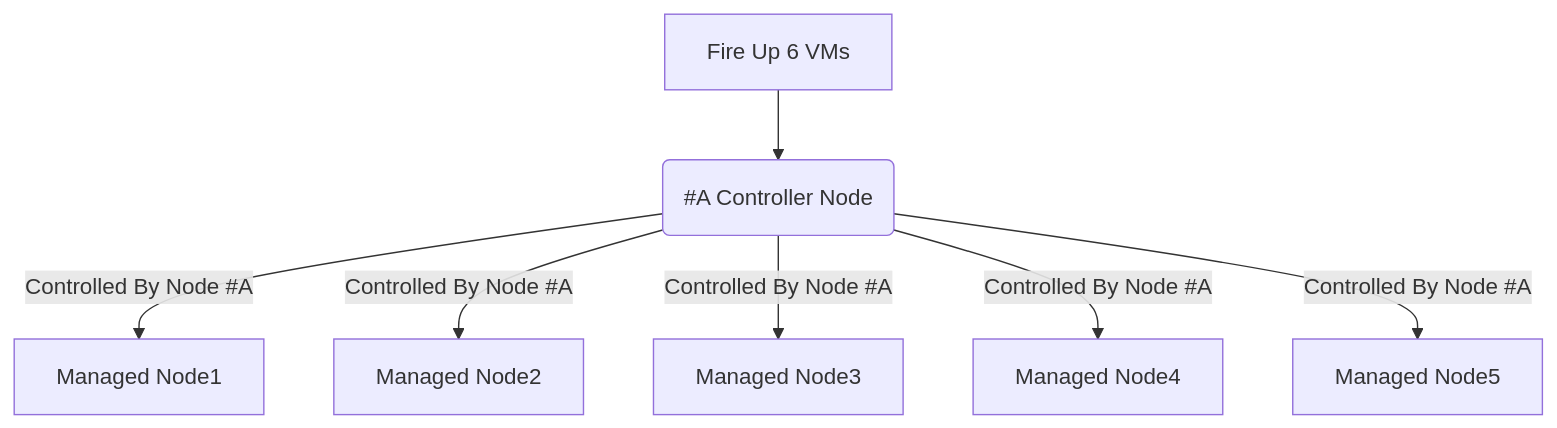
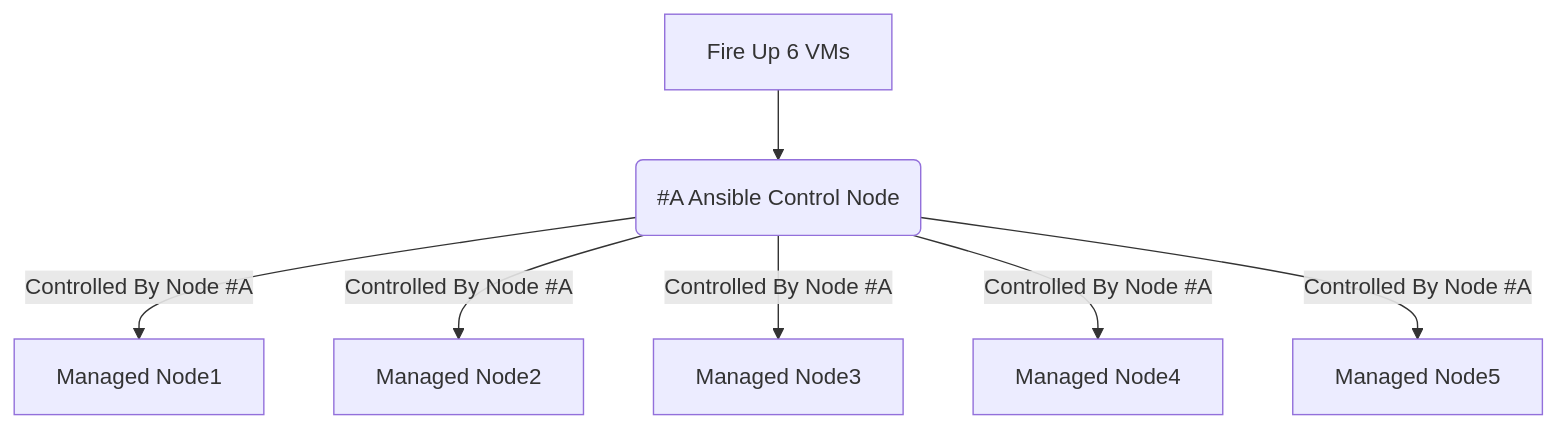
The diagram in NOTES.md (RedHatRanger/RHCE9Vagrant), drawn with Mermaid before and after one commit.

````diff
--- a/NOTES.md
+++ b/NOTES.md
@@ -21,9 +21,9 @@
 ```mermaid
 flowchart TD;
-    A[Fire Up 6 VMs] --> B(#A Controller Node);
+    A[Fire Up 6 VMs] --> B(#A Ansible Control Node);
     B -- Controlled By Node #A --> C[Managed Node1];
     B -- Controlled By Node #A --> D[Managed Node2];
     B -- Controlled By Node #A --> E[Managed Node3];
     B -- Controlled By Node #A --> F[Managed Node4];
     B -- Controlled By Node #A --> G[Managed Node5];
 ```
````
